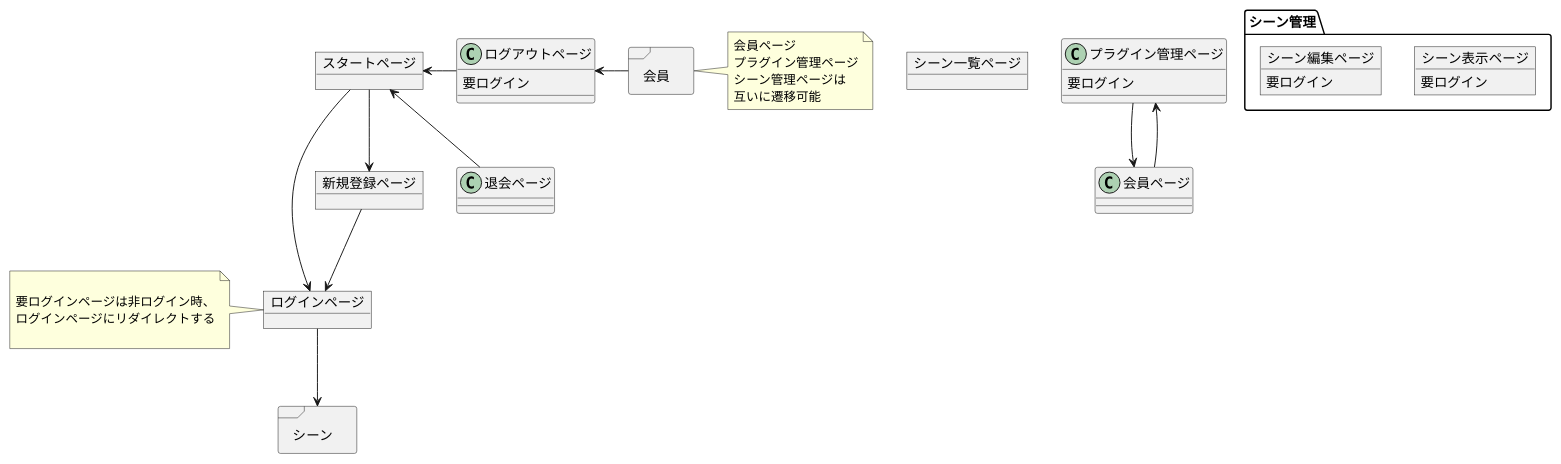
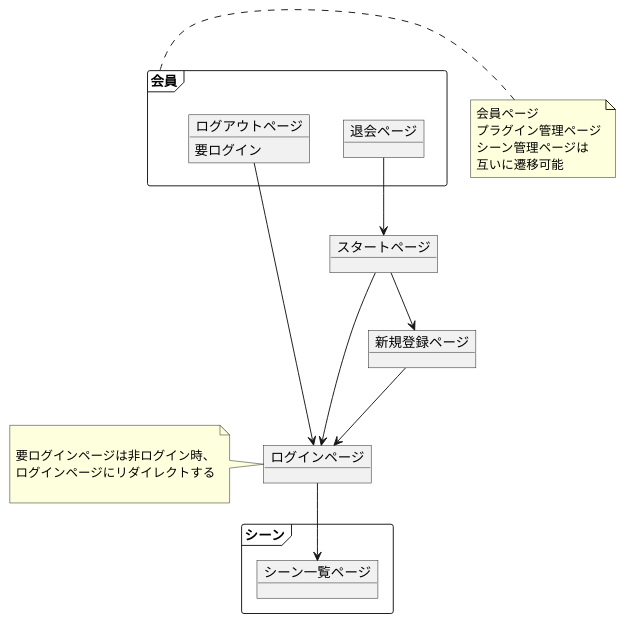
The diagram in uml/src/sceen-transition-diagram/main.puml (s10akir/cocktail), drawn with PlantUML before and after one commit. The commit also changed 1 other file, not shown here.

Commit message:
[wip] #240 @0.5h  update main diagram

```diff
--- a/uml/src/sceen-transition-diagram/main.puml
+++ b/uml/src/sceen-transition-diagram/main.puml
@@ -1,54 +1,42 @@
 @startuml main
 Object スタートページ    
 Object ログインページ
 Object 新規登録ページ
-Object シーン一覧ページ
 
 
 package "会員" <<frame>> {
+    Object ログアウトページ
+    Object 退会ページ
 }
 
 package "シーン" <<frame>> {
+    Object シーン一覧ページ
 }
 
-package "シーン管理" {
-
-    Object シーン表示ページ
-    Object シーン編集ページ
-}
 
 note right of 会員
     会員ページ
     プラグイン管理ページ
     シーン管理ページは
     互いに遷移可能
 end note
 
 
 ログアウトページ : 要ログイン
-プラグイン管理ページ : 要ログイン
-シーン表示ページ : 要ログイン
-シーン編集ページ : 要ログイン
 
-ログインページ --> シーン
+ログインページ --> シーン一覧ページ
 
 スタートページ --> ログインページ
 スタートページ --> 新規登録ページ
 新規登録ページ  -->  ログインページ
-ログアウトページ -left-> スタートページ
+ログアウトページ --> ログインページ
+退会ページ --> スタートページ
 
-会員ページ --> プラグイン管理ページ
-プラグイン管理ページ --> 会員ページ
-
-会員 -left-> ログアウトページ
-
-
-退会ページ -up-> スタートページ
 
 note left of ログインページ
     
 	要ログインページは非ログイン時、
 	ログインページにリダイレクトする
 
 end note
 @enduml
```
